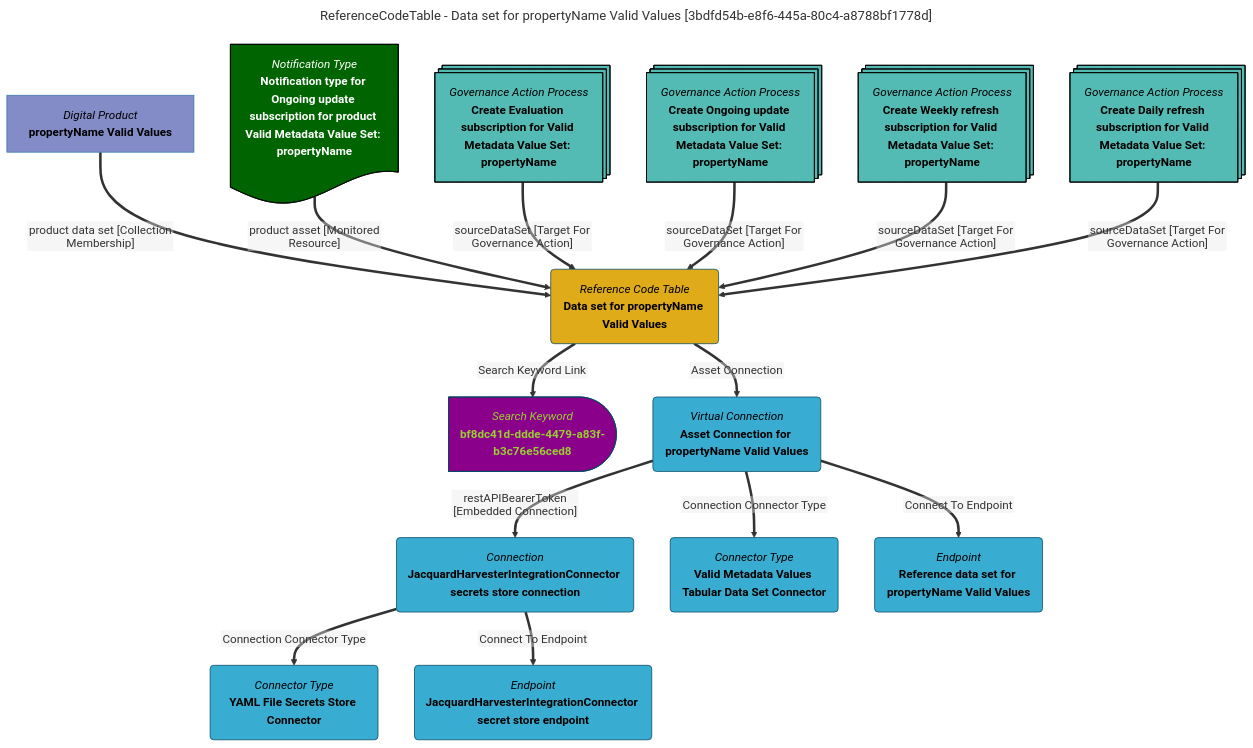
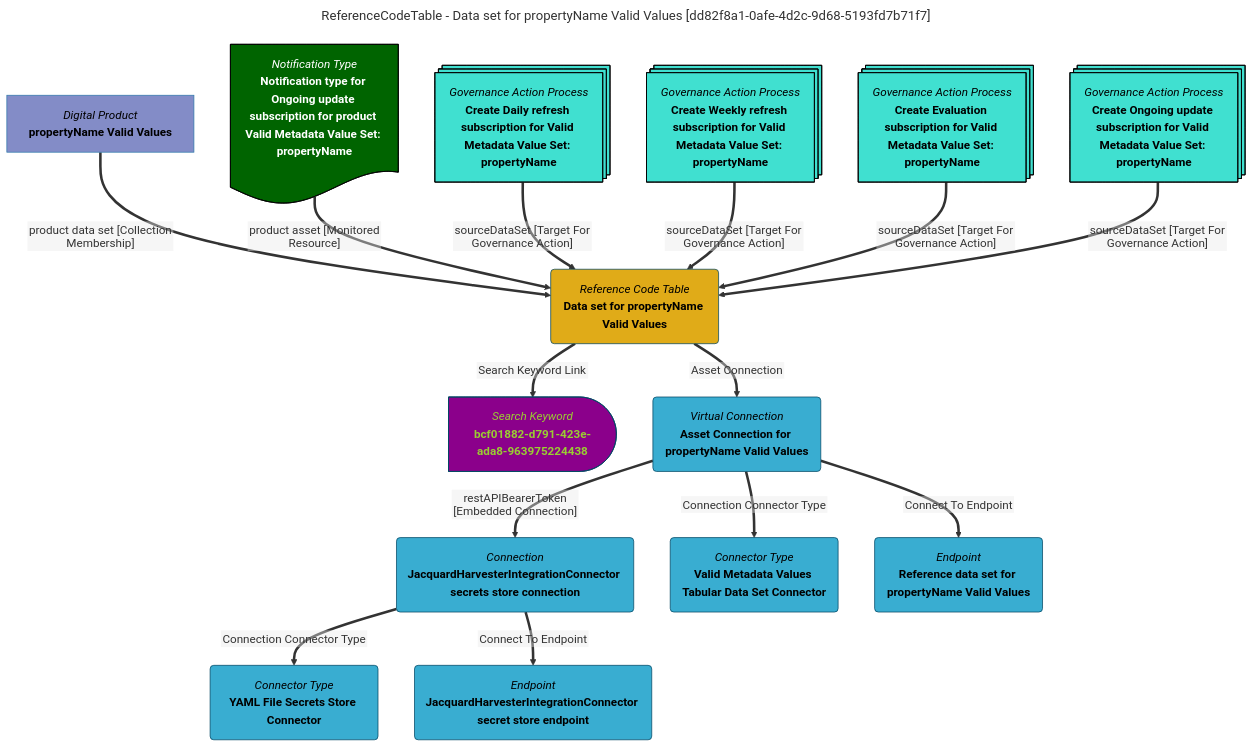
The diagram in site/snippets/data-assets/data-set-for-propertyname-valid-values-mermaid-graph.md (odpi/egeria-docs), drawn with Mermaid before and after one commit. The commit also changed 2201 other files, not shown here.

````diff
--- a/site/snippets/data-assets/data-set-for-propertyname-valid-values-mermaid-graph.md
+++ b/site/snippets/data-assets/data-set-for-propertyname-valid-values-mermaid-graph.md
@@ -1,63 +1,63 @@
 ```mermaid
 ---
-title: ReferenceCodeTable - Data set for propertyName Valid Values [3bdfd54b-e8f6-445a-80c4-a8788bf1778d]
+title: ReferenceCodeTable - Data set for propertyName Valid Values [dd82f8a1-0afe-4d2c-9d68-5193fd7b71f7]
 ---
 flowchart TD
 %%{init: {"flowchart": {"htmlLabels": false}} }%%
 
 1@{ shape: rounded, label: "*Reference Code Table*
 **Data set for propertyName Valid Values**"}
 2@{ shape: delay, label: "*Search Keyword*
-**bf8dc41d-ddde-4479-a83f-b3c76e56ced8**"}
+**bcf01882-d791-423e-ada8-963975224438**"}
 1==>|"Search Keyword Link"|2
 3@{ shape: rect, label: "*Digital Product*
 **propertyName Valid Values**"}
 3==>|"product data set [Collection Membership]"|1
 4@{ shape: rounded, label: "*Virtual Connection*
 **Asset Connection for propertyName Valid Values**"}
 1==>|"Asset Connection"|4
 5@{ shape: rounded, label: "*Connection*
 **JacquardHarvesterIntegrationConnector secrets store connection**"}
 4==>|"restAPIBearerToken [Embedded Connection]"|5
 6@{ shape: rounded, label: "*Connector Type*
 **YAML File Secrets Store Connector**"}
 5==>|"Connection Connector Type"|6
 7@{ shape: rounded, label: "*Endpoint*
 **JacquardHarvesterIntegrationConnector secret store endpoint**"}
 5==>|"Connect To Endpoint"|7
 8@{ shape: rounded, label: "*Connector Type*
 **Valid Metadata Values Tabular Data Set Connector**"}
 4==>|"Connection Connector Type"|8
 9@{ shape: rounded, label: "*Endpoint*
 **Reference data set for propertyName Valid Values**"}
 4==>|"Connect To Endpoint"|9
 10@{ shape: doc, label: "*Notification Type*
 **Notification type for Ongoing update subscription for product Valid Metadata Value Set: propertyName**"}
 10==>|"product asset [Monitored Resource]"|1
 11@{ shape: processes, label: "*Governance Action Process*
-**Create Evaluation subscription for Valid Metadata Value Set: propertyName**"}
+**Create Daily refresh subscription for Valid Metadata Value Set: propertyName**"}
 11==>|"sourceDataSet [Target For Governance Action]"|1
 12@{ shape: processes, label: "*Governance Action Process*
-**Create Ongoing update subscription for Valid Metadata Value Set: propertyName**"}
+**Create Weekly refresh subscription for Valid Metadata Value Set: propertyName**"}
 12==>|"sourceDataSet [Target For Governance Action]"|1
 13@{ shape: processes, label: "*Governance Action Process*
-**Create Weekly refresh subscription for Valid Metadata Value Set: propertyName**"}
+**Create Evaluation subscription for Valid Metadata Value Set: propertyName**"}
 13==>|"sourceDataSet [Target For Governance Action]"|1
 14@{ shape: processes, label: "*Governance Action Process*
-**Create Daily refresh subscription for Valid Metadata Value Set: propertyName**"}
+**Create Ongoing update subscription for Valid Metadata Value Set: propertyName**"}
 14==>|"sourceDataSet [Target For Governance Action]"|1
-style 11 color:#000000, fill:#53bbb4, stroke:#000000
-style 12 color:#000000, fill:#53bbb4, stroke:#000000
-style 13 color:#000000, fill:#53bbb4, stroke:#000000
-style 14 color:#000000, fill:#53bbb4, stroke:#000000
+style 11 color:#000000, fill:#40E0D0, stroke:#000000
+style 12 color:#000000, fill:#40E0D0, stroke:#000000
+style 13 color:#000000, fill:#40E0D0, stroke:#000000
+style 14 color:#000000, fill:#40E0D0, stroke:#000000
 style 1 color:#000000, fill:#e0ab18, stroke:#004563
-style 2 color:#9acd32, fill:#8b008b, stroke:#004563
+style 2 color:#9ACD32, fill:#8B008B, stroke:#004563
 style 3 color:#000000, fill:#838cc7, stroke:#3079ab
 style 4 color:#000000, fill:#39add1, stroke:#004563
 style 5 color:#000000, fill:#39add1, stroke:#004563
 style 6 color:#000000, fill:#39add1, stroke:#004563
 style 7 color:#000000, fill:#39add1, stroke:#004563
 style 8 color:#000000, fill:#39add1, stroke:#004563
 style 9 color:#000000, fill:#39add1, stroke:#004563
 style 10 color:#FFFFFF, fill:#006400, stroke:#000000
 ```
````
